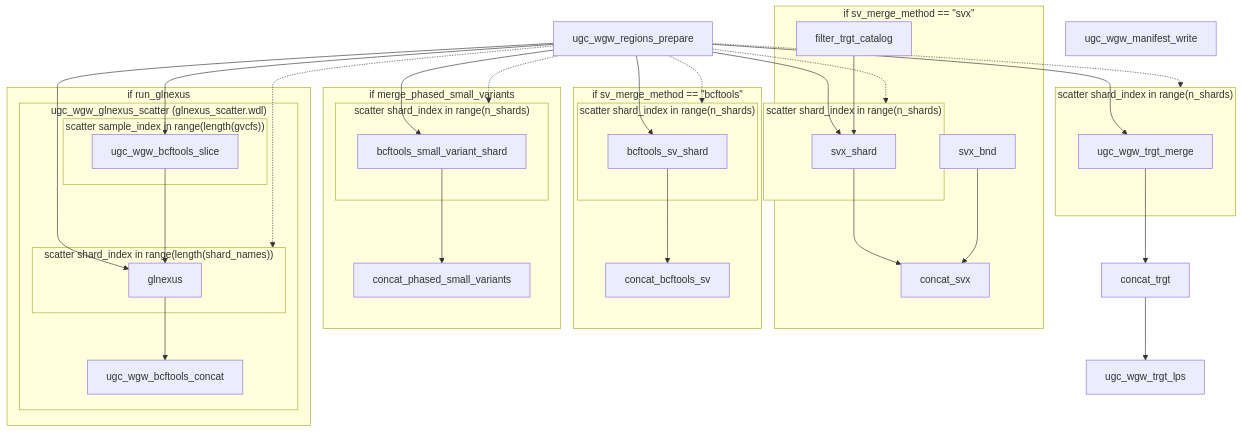
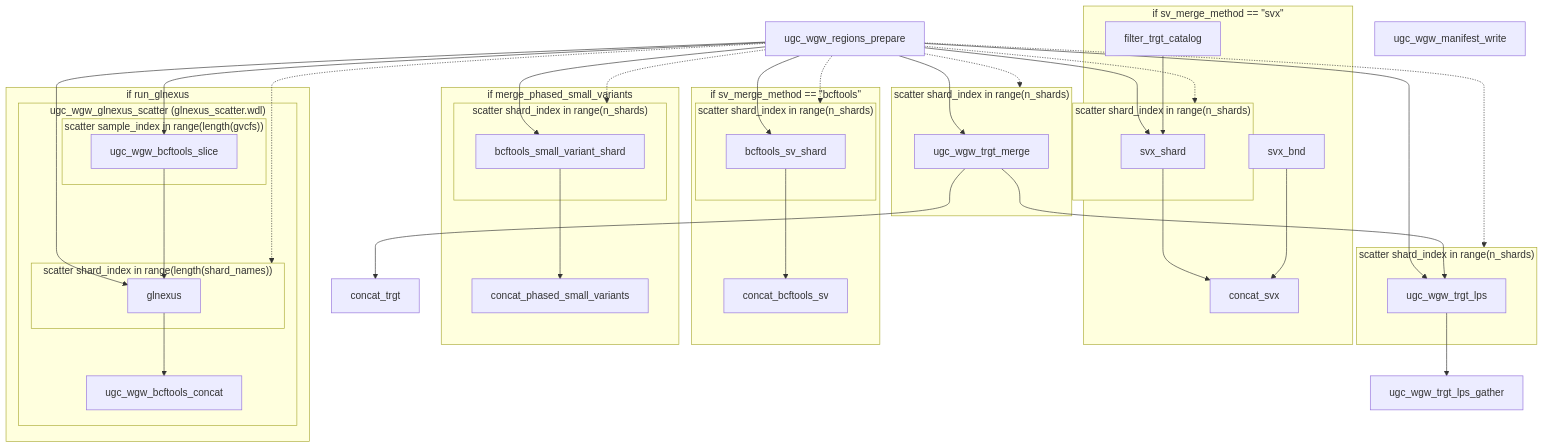
The fifth of 9 diagrams in docs/guide/workflow-graphs.md (UppsalaGenomeCenter/ugc-wgw), drawn with Mermaid before and after one commit. The commit also changed other lines of this file and 18 other files, not shown here.

First line of the commit message:
ugc-wgw 0.13.1

````diff
--- a/docs/guide/workflow-graphs.md
+++ b/docs/guide/workflow-graphs.md
@@ -335,61 +335,67 @@
 ```mermaid
 flowchart TD
   n1["ugc_wgw_regions_prepare"]
   subgraph s1["if sv_merge_method == #quot;svx#quot;"]
     n2["filter_trgt_catalog"]
     subgraph s2["scatter shard_index in range(n_shards)"]
       n3["svx_shard"]
     end
     n4["svx_bnd"]
     n5["concat_svx"]
   end
   subgraph s3["if sv_merge_method == #quot;bcftools#quot;"]
     subgraph s4["scatter shard_index in range(n_shards)"]
       n6["bcftools_sv_shard"]
     end
     n7["concat_bcftools_sv"]
   end
   subgraph s5["scatter shard_index in range(n_shards)"]
     n8["ugc_wgw_trgt_merge"]
   end
   n9["concat_trgt"]
-  n10["ugc_wgw_trgt_lps"]
-  subgraph s6["if merge_phased_small_variants"]
-    subgraph s7["scatter shard_index in range(n_shards)"]
-      n11["bcftools_small_variant_shard"]
+  subgraph s6["scatter shard_index in range(n_shards)"]
+    n10["ugc_wgw_trgt_lps"]
+  end
+  n11["ugc_wgw_trgt_lps_gather"]
+  subgraph s7["if merge_phased_small_variants"]
+    subgraph s8["scatter shard_index in range(n_shards)"]
+      n12["bcftools_small_variant_shard"]
     end
-    n12["concat_phased_small_variants"]
+    n13["concat_phased_small_variants"]
   end
-  subgraph s8["if run_glnexus"]
-    subgraph s9["ugc_wgw_glnexus_scatter (glnexus_scatter.wdl)"]
-      subgraph s10["scatter sample_index in range(length(gvcfs))"]
-        n13["ugc_wgw_bcftools_slice"]
+  subgraph s9["if run_glnexus"]
+    subgraph s10["ugc_wgw_glnexus_scatter (glnexus_scatter.wdl)"]
+      subgraph s11["scatter sample_index in range(length(gvcfs))"]
+        n14["ugc_wgw_bcftools_slice"]
       end
-      subgraph s11["scatter shard_index in range(length(shard_names))"]
-        n14["glnexus"]
+      subgraph s12["scatter shard_index in range(length(shard_names))"]
+        n15["glnexus"]
       end
-      n15["ugc_wgw_bcftools_concat"]
+      n16["ugc_wgw_bcftools_concat"]
     end
   end
-  n16["ugc_wgw_manifest_write"]
+  n17["ugc_wgw_manifest_write"]
   n1 --> n3
   n1 --> n6
   n1 --> n8
-  n1 --> n11
-  n1 --> n13
+  n1 --> n10
+  n1 --> n12
   n1 --> n14
+  n1 --> n15
   n1 -.-> s2
   n1 -.-> s4
   n1 -.-> s5
-  n1 -.-> s7
-  n1 -.-> s11
+  n1 -.-> s6
+  n1 -.-> s8
+  n1 -.-> s12
   n2 --> n3
   n3 --> n5
   n4 --> n5
   n6 --> n7
   n8 --> n9
-  n9 --> n10
-  n11 --> n12
-  n13 --> n14
+  n8 --> n10
+  n10 --> n11
+  n12 --> n13
   n14 --> n15
+  n15 --> n16
 ```
````
